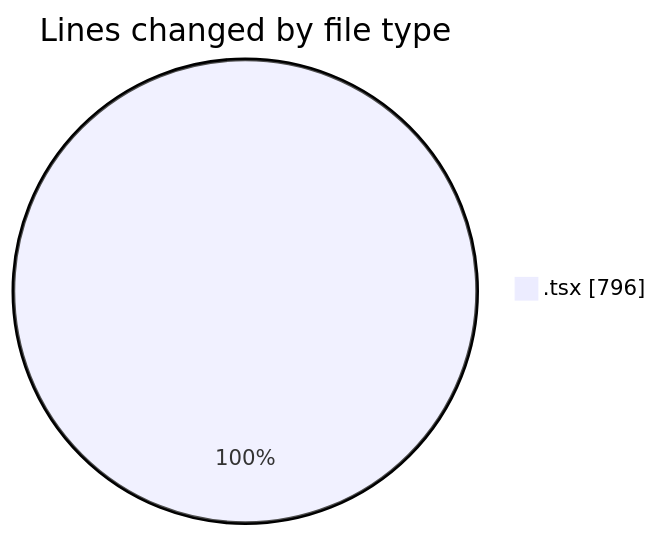
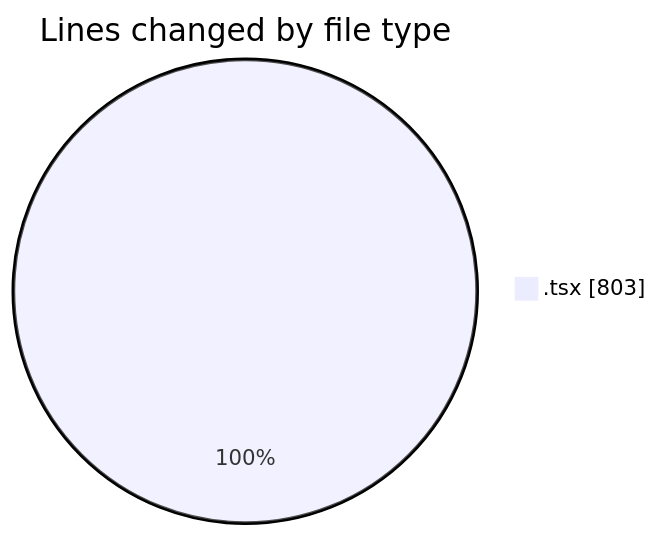
One commit to momahboobian/code-tracking changed the first of 2 diagrams in 2025-09-15/cda/README.md. Above: the diagram before and after it, drawn with Mermaid. The commit also changed other lines of this file and 1 other file, not shown here.

````diff
--- a/2025-09-15/cda/README.md
+++ b/2025-09-15/cda/README.md
@@ -21,5 +21,5 @@
 ```mermaid
 pie showData
 title Lines changed by file type
-".tsx" : 796
+".tsx" : 803
 ```
````
